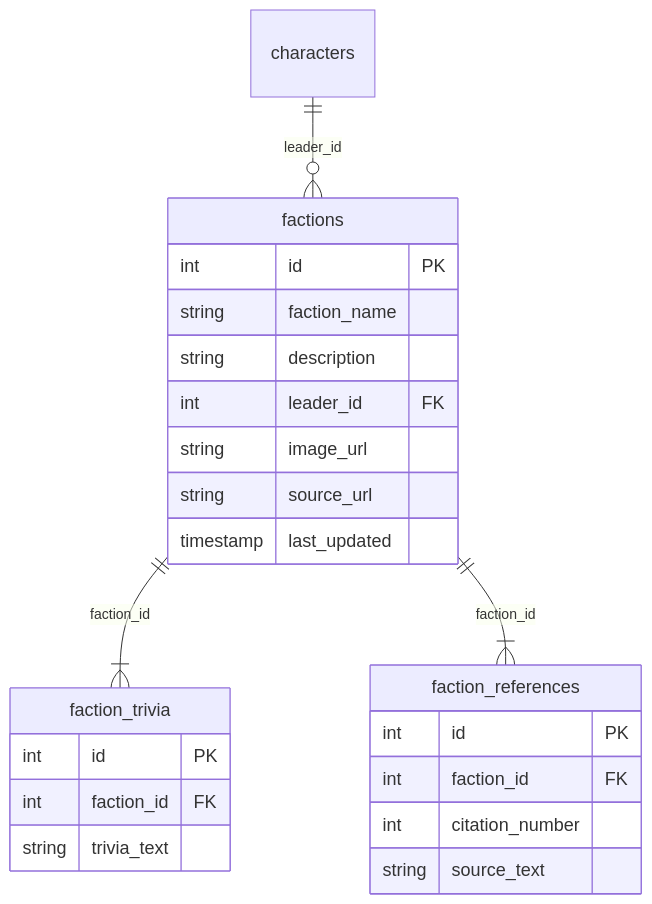
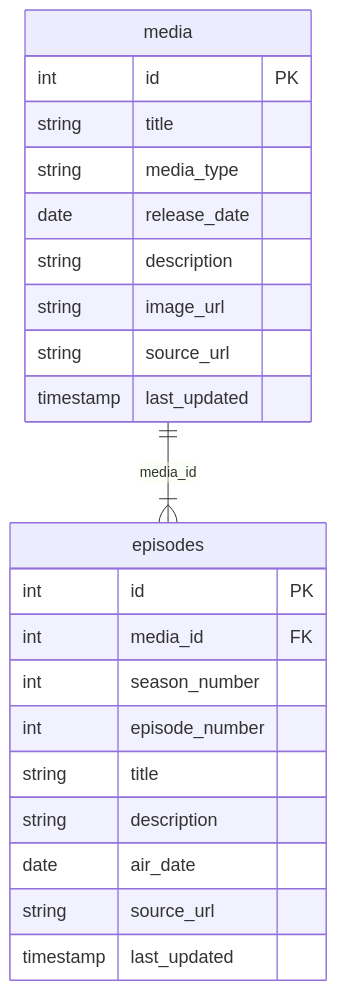
Before and after one commit to thestackshepherd/sbapi: the fourth of 6 diagrams in docs/ERD.md, drawn with Mermaid. The commit also changed other lines of this file and 14 other files, not shown here.

First line of the commit message:
Simplify DB schema to 16 tables and add scraper JSON schemas

````diff
--- a/docs/ERD.md
+++ b/docs/ERD.md
@@ -160,27 +150,26 @@
 ```mermaid
 %%{init: {'er': {'useMaxWidth': false}, 'themeVariables': {'fontSize': '18px'}}}%%
 erDiagram
-    faction_references {
+    episodes {
         int id PK
-        int faction_id FK
-        int citation_number
-        string source_text
+        int media_id FK
+        int season_number
+        int episode_number
+        string title
+        string description
+        date air_date
+        string source_url
+        timestamp last_updated
     }
-    faction_trivia {
+    media {
         int id PK
-        int faction_id FK
-        string trivia_text
-    }
-    factions {
-        int id PK
-        string faction_name
+        string title
+        string media_type
+        date release_date
         string description
-        int leader_id FK
         string image_url
         string source_url
         timestamp last_updated
     }
-    characters ||--o{ factions : "leader_id"
-    factions ||--|{ faction_trivia : "faction_id"
-    factions ||--|{ faction_references : "faction_id"
+    media ||--|{ episodes : "media_id"
 ```
````
